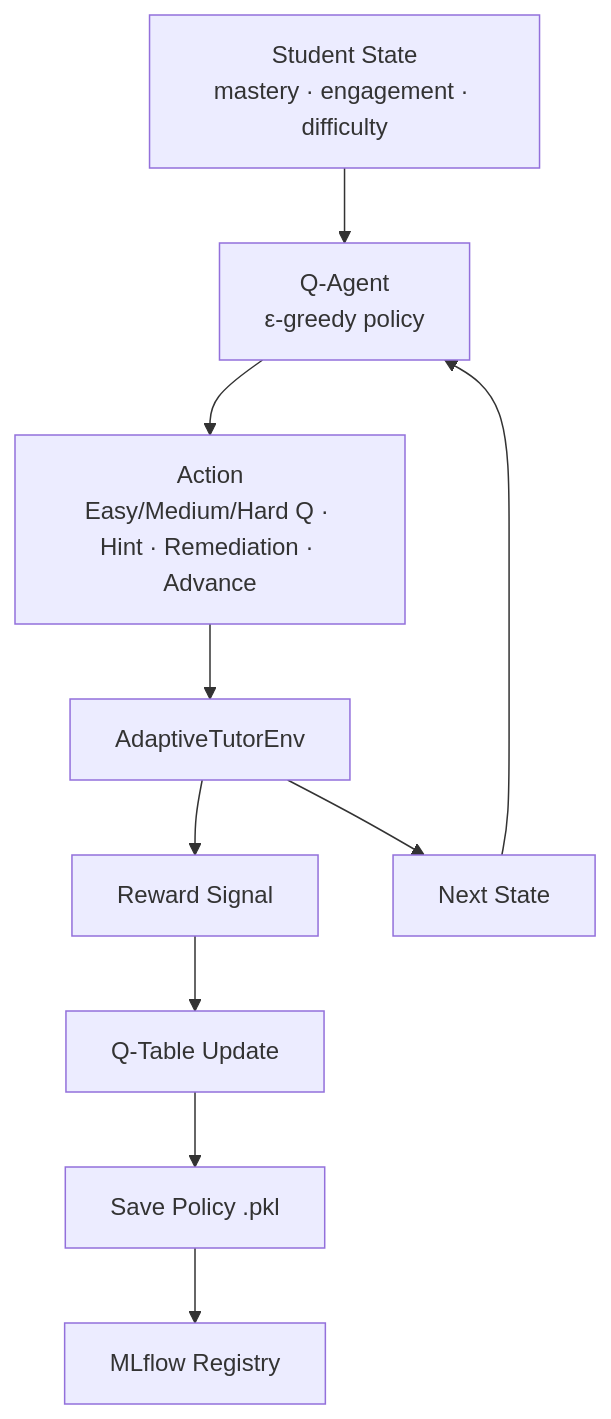
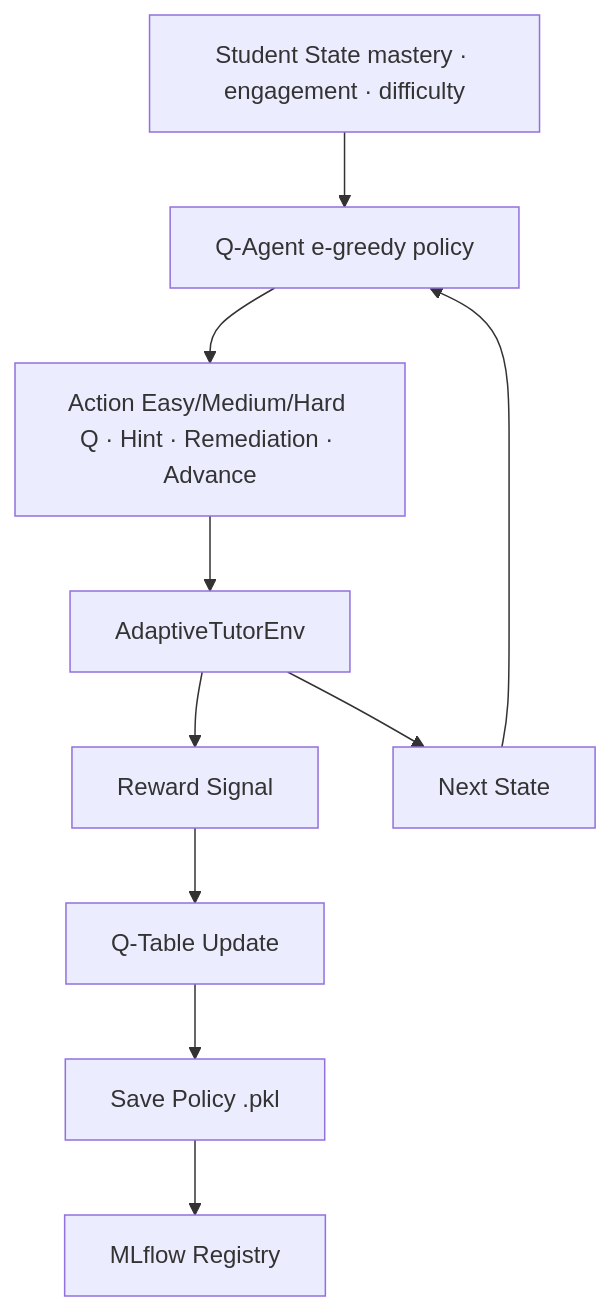
The diagram in README.md (AneeshaIyer/Adaptive_Tutor), drawn with Mermaid before and after one commit. The commit also changed other lines of this file, not shown here.

````diff
--- a/README.md
+++ b/README.md
@@ -31,12 +31,12 @@
 ```mermaid
-flowchart TD
-    A[Student State\nmastery · engagement · difficulty] --> B[Q-Agent\nε-greedy policy]
-    B --> C[Action\nEasy/Medium/Hard Q · Hint · Remediation · Advance]
-    C --> D[AdaptiveTutorEnv]
-    D --> E[Reward Signal]
-    D --> F[Next State]
-    E --> G[Q-Table Update]
-    F --> B
-    G --> H[Save Policy .pkl]
-    H --> I[MLflow Registry]
+    flowchart TD
+        A[Student State mastery · engagement · difficulty] --> B[Q-Agent e-greedy policy]
+        B --> C[Action Easy/Medium/Hard Q · Hint · Remediation · Advance]
+        C --> D[AdaptiveTutorEnv]
+        D --> E[Reward Signal]
+        D --> F[Next State]
+        E --> G[Q-Table Update]
+        F --> B
+        G --> H[Save Policy .pkl]
+        H --> I[MLflow Registry]
 ```
````
